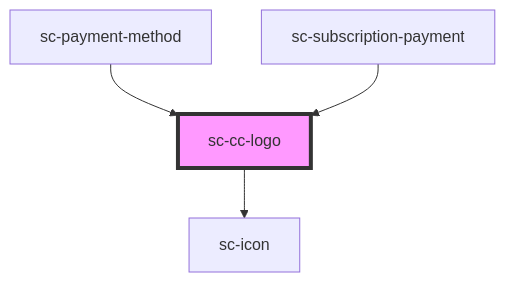
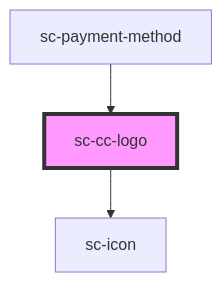
One commit to surecart/surecart-wp-plugin changed the diagram in packages/components/src/components/ui/cc-logo/readme.md. Above: the diagram before and after it, drawn with Mermaid. The commit also changed other lines of this file and 12 other files, not shown here.

````diff
--- a/packages/components/src/components/ui/cc-logo/readme.md
+++ b/packages/components/src/components/ui/cc-logo/readme.md
@@ -34,7 +33,6 @@
 ```mermaid
 graph TD;
   sc-cc-logo --> sc-icon
   sc-payment-method --> sc-cc-logo
-  sc-subscription-payment --> sc-cc-logo
   style sc-cc-logo fill:#f9f,stroke:#333,stroke-width:4px
 ```
````
